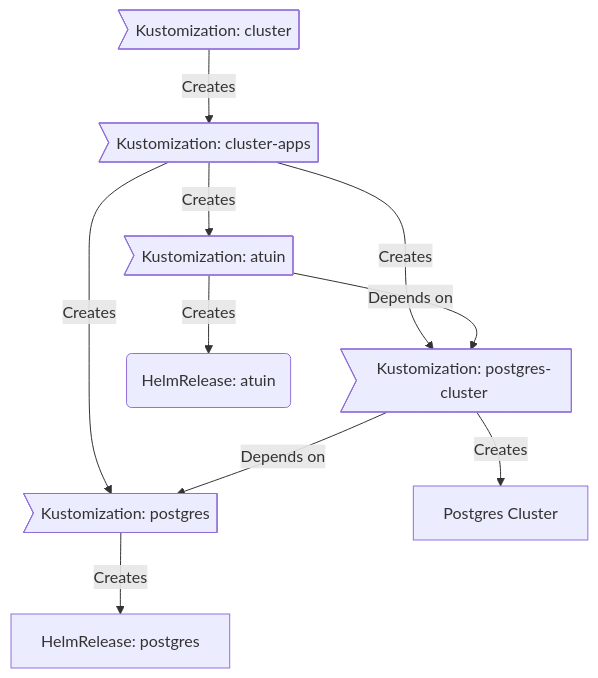
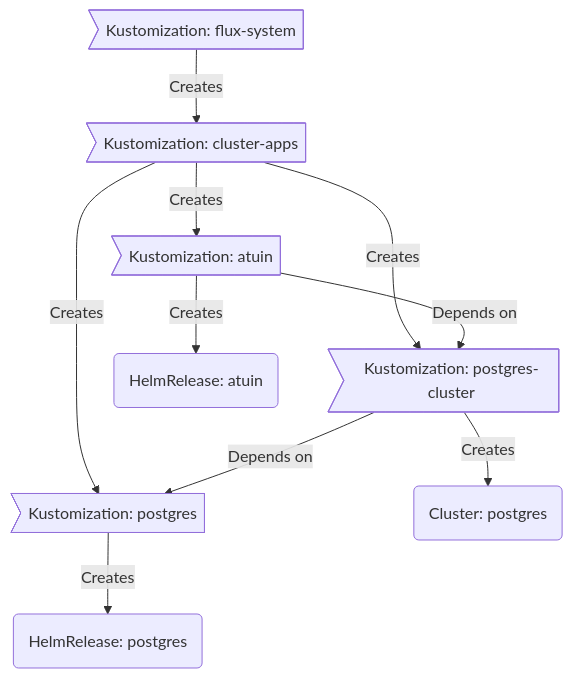
The diagram in README.md (buroa/k8s-gitops), drawn with Mermaid before and after one commit. The commit also changed other lines of this file, not shown here.

````diff
--- a/README.md
+++ b/README.md
@@ -93,12 +93,12 @@
 ```mermaid
 graph TD;
-  id1>Kustomization: cluster] -->|Creates| id2>Kustomization: cluster-apps];
+  id1>Kustomization: flux-system] -->|Creates| id2>Kustomization: cluster-apps];
   id2>Kustomization: cluster-apps] -->|Creates| id3>Kustomization: postgres];
   id2>Kustomization: cluster-apps] -->|Creates| id5>Kustomization: postgres-cluster]
   id2>Kustomization: cluster-apps] -->|Creates| id8>Kustomization: atuin]
-  id3>Kustomization: postgres] -->|Creates| id4[HelmRelease: postgres];
+  id3>Kustomization: postgres] -->|Creates| id4(HelmRelease: postgres);
   id5>Kustomization: postgres-cluster] -->|Depends on| id3>Kustomization: postgres];
-  id5>Kustomization: postgres-cluster] -->|Creates| id10[Postgres Cluster];
+  id5>Kustomization: postgres-cluster] -->|Creates| id10(Cluster: postgres);
   id8>Kustomization: atuin] -->|Creates| id9(HelmRelease: atuin);
   id8>Kustomization: atuin] -->|Depends on| id5>Kustomization: postgres-cluster];
 ```
````
